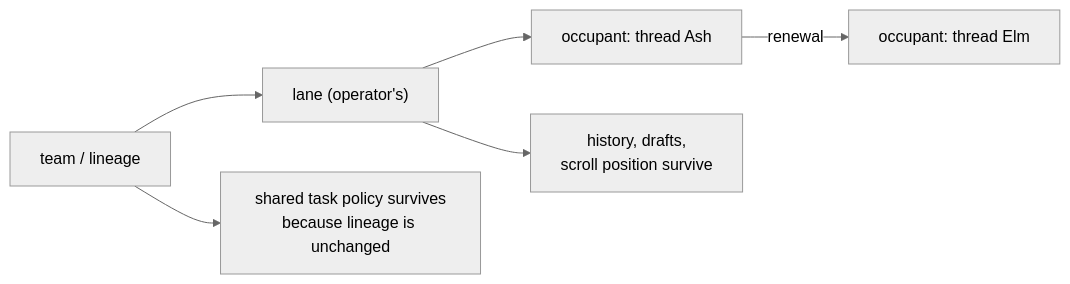
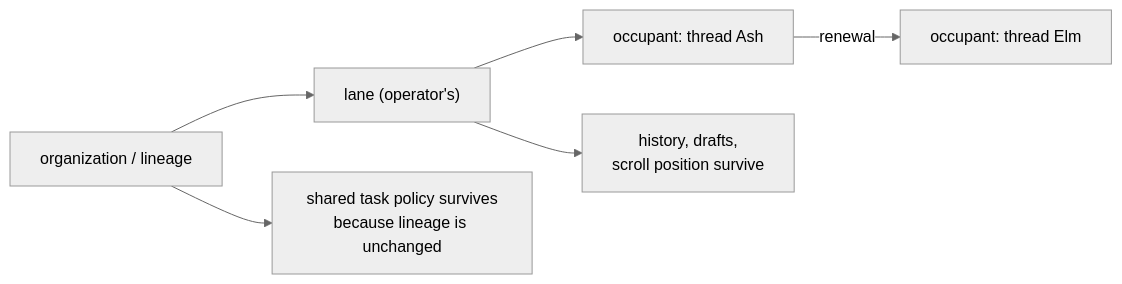
One commit to infimalabs/spice-rust changed diagram 11 of 25 in docs/product/value.md. Above: the diagram before and after it, drawn with Mermaid (neutral theme). The commit also changed other lines of this file and 99 other files, not shown here.

````diff
--- a/docs/product/value.md
+++ b/docs/product/value.md
@@ -247,8 +247,8 @@
 ```mermaid
 flowchart LR
-  T["team / lineage"] --> L
+  T["organization / lineage"] --> L
   L["lane (operator's)"] --> CurrentOccupant["occupant: thread Ash"]
   CurrentOccupant -- renewal --> Successor["occupant: thread Elm"]
   L --> H["history, drafts,<br/>scroll position survive"]
   T --> P["shared task policy survives<br/>because lineage is unchanged"]
 ```
````
